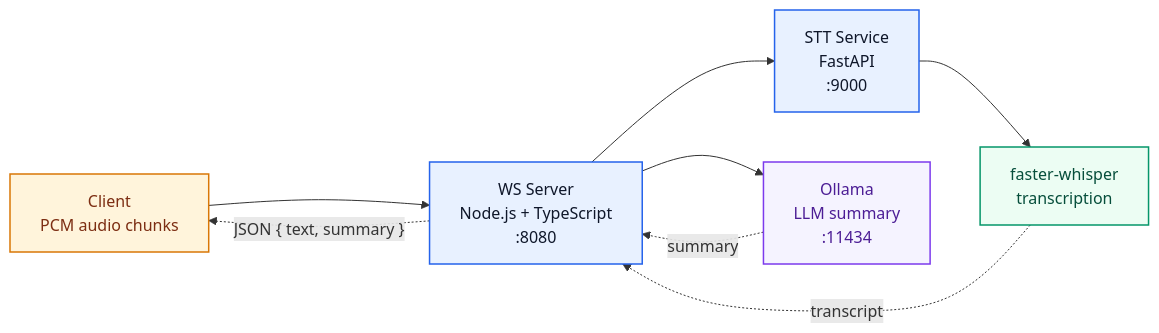
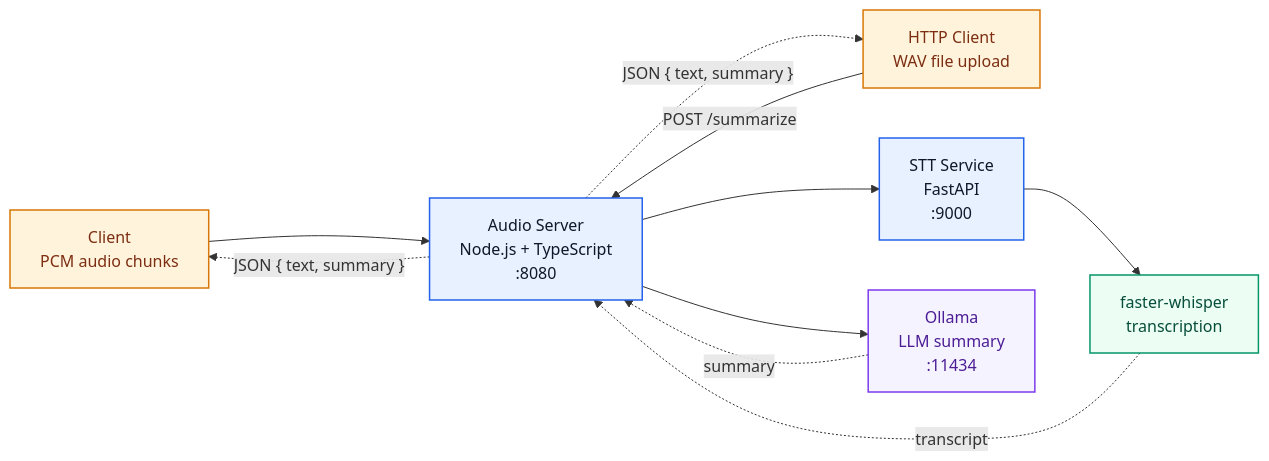
One commit to Dmitry052/audio_server changed the diagram in README.md. Above: the diagram before and after it, drawn with Mermaid. The commit also changed other lines of this file and 11 other files, not shown here.

````diff
--- a/README.md
+++ b/README.md
@@ -22,20 +23,22 @@
 ```mermaid
 flowchart LR
-    client["Client<br/>PCM audio chunks"] --> ws["WS Server<br/>Node.js + TypeScript<br/>:8080"]
+    client["Client<br/>PCM audio chunks"] --> ws["Audio Server<br/>Node.js + TypeScript<br/>:8080"]
+    upload["HTTP Client<br/>WAV file upload"] -- "POST /summarize" --> ws
     ws --> stt["STT Service<br/>FastAPI<br/>:9000"]
     stt --> fw["faster-whisper<br/>transcription"]
     fw -. transcript .-> ws
     ws --> ollama["Ollama<br/>LLM summary<br/>:11434"]
     ollama -. summary .-> ws
-    ws -. JSON { text, summary } .-> client
+    ws -. "JSON { text, summary }" .-> client
+    ws -. "JSON { text, summary }" .-> upload
 
     classDef entry fill:#FFF4DB,stroke:#D97706,color:#7C2D12,stroke-width:1.5px;
     classDef service fill:#E8F1FF,stroke:#2563EB,color:#0F172A,stroke-width:1.5px;
     classDef engine fill:#ECFDF3,stroke:#059669,color:#064E3B,stroke-width:1.5px;
     classDef ai fill:#F5F3FF,stroke:#7C3AED,color:#4C1D95,stroke-width:1.5px;
 
-    class client entry;
+    class client,upload entry;
     class ws,stt service;
     class fw engine;
     class ollama ai;
 ```
````
